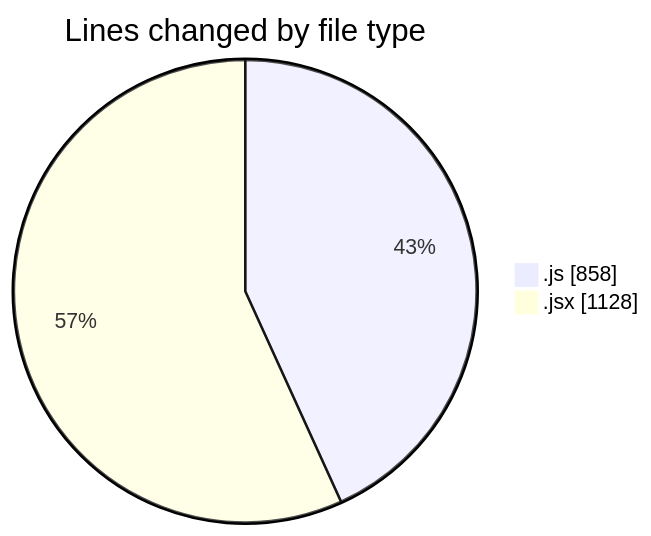
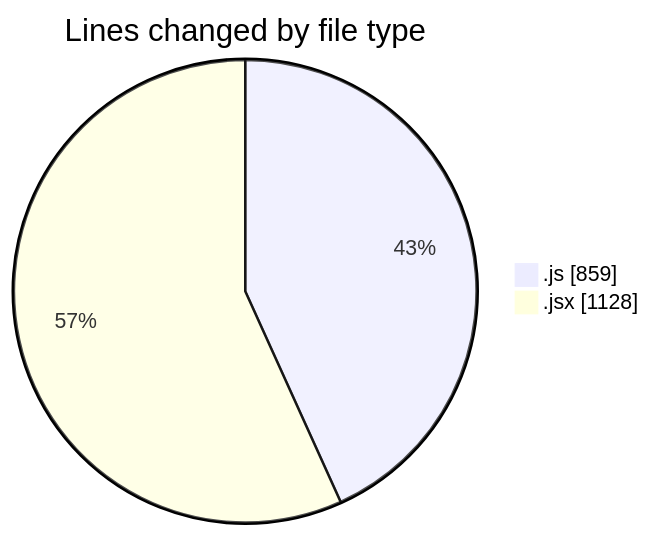
The first of 2 diagrams in 2025-12-26/nxtqube_webapp/README.md (nxtqubesakshisongat/code-tracking), drawn with Mermaid before and after one commit. The commit also changed other lines of this file and 1 other file, not shown here.

````diff
--- a/2025-12-26/nxtqube_webapp/README.md
+++ b/2025-12-26/nxtqube_webapp/README.md
@@ -24,6 +24,6 @@
 ```mermaid
 pie showData
 title Lines changed by file type
-".js" : 858
+".js" : 859
 ".jsx" : 1128
 ```
````
